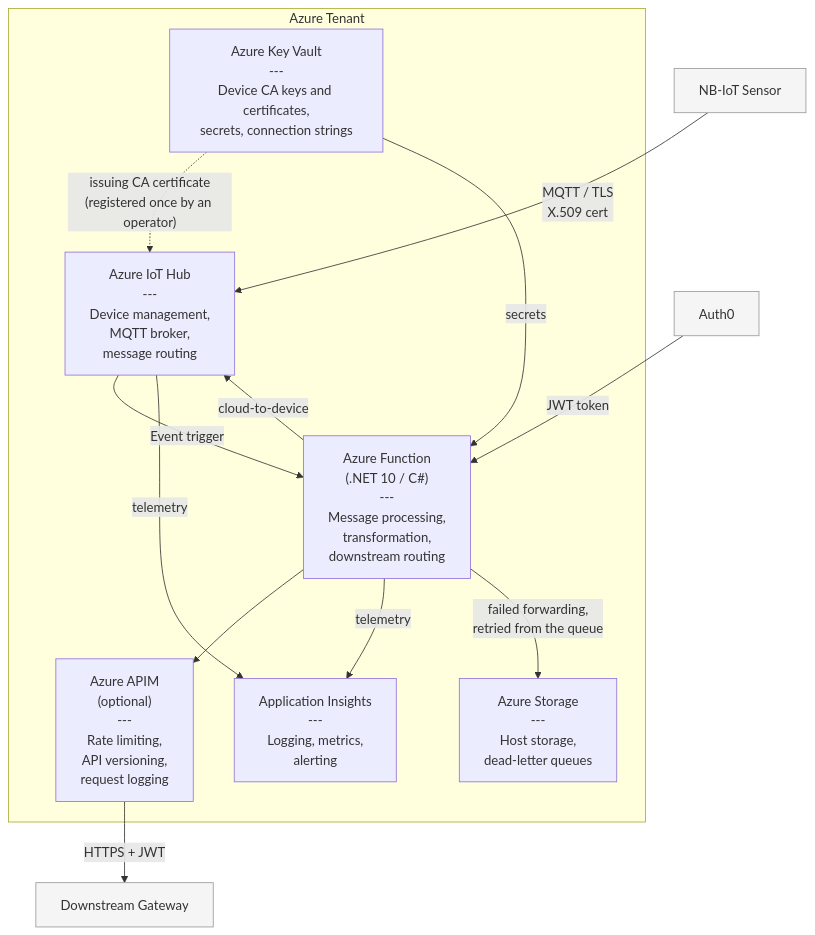
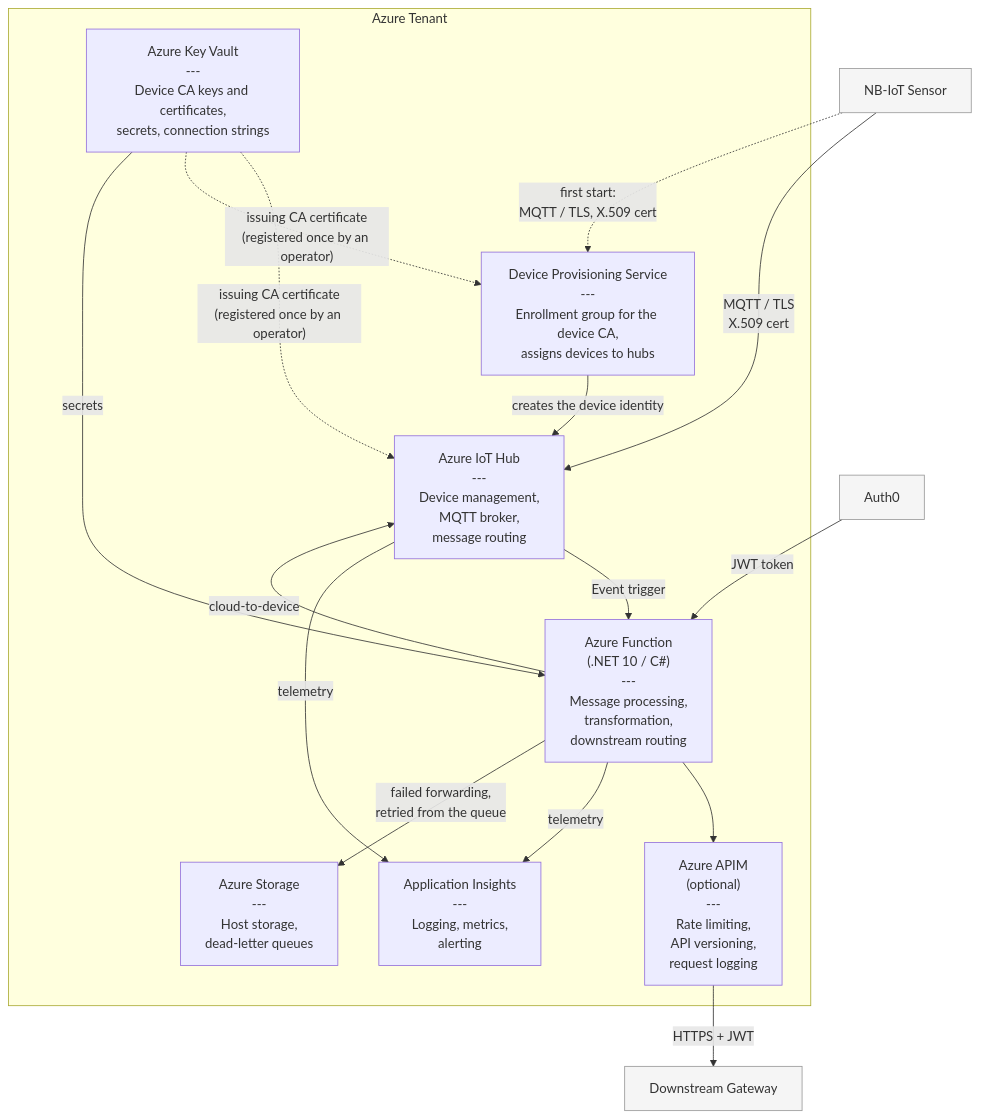
One commit to asnielsen789/IIoT-platform changed the second of 6 diagrams in docs/architecture.md. Above: the diagram before and after it, drawn with Mermaid. The commit also changed other lines of this file and 5 other files, not shown here.

First line of the commit message:
Document the lifecycle of DPS-provisioned devices (#48 step 7)

````diff
--- a/docs/architecture.md
+++ b/docs/architecture.md
@@ -38,34 +38,39 @@
 ```mermaid
 graph TB
     sensor["NB-IoT Sensor"] -- "MQTT / TLS<br/>X.509 cert" --> iothub
+    sensor -. "first start:<br/>MQTT / TLS, X.509 cert" .-> dps
 
     subgraph azure ["Azure Tenant"]
+        dps["Device Provisioning Service<br/>---<br/>Enrollment group for the device CA,<br/>assigns devices to hubs"]
+
         iothub["Azure IoT Hub<br/>---<br/>Device management,<br/>MQTT broker,<br/>message routing"]
 
         keyvault["Azure Key Vault<br/>---<br/>Device CA keys and certificates,<br/>secrets, connection strings"]
 
         function["Azure Function<br/>(.NET 10 / C#)<br/>---<br/>Message processing,<br/>transformation,<br/>downstream routing"]
 
         apim["Azure APIM<br/>(optional)<br/>---<br/>Rate limiting,<br/>API versioning,<br/>request logging"]
 
         monitor["Application Insights<br/>---<br/>Logging, metrics,<br/>alerting"]
 
         storage["Azure Storage<br/>---<br/>Host storage,<br/>dead-letter queues"]
     end
 
     iothub -- "Event trigger" --> function
     keyvault -. "issuing CA certificate<br/>(registered once by an operator)" .-> iothub
+    keyvault -. "issuing CA certificate<br/>(registered once by an operator)" .-> dps
+    dps -- "creates the device identity" --> iothub
     keyvault -- "secrets" --> function
     function --> apim
     function -- "telemetry" --> monitor
     function -- "failed forwarding,<br/>retried from the queue" --> storage
     iothub -- "telemetry" --> monitor
 
     auth0["Auth0"] -- "JWT token" --> function
 
     apim -- "HTTPS + JWT" --> gw["Downstream Gateway"]
     function -- "cloud-to-device" --> iothub
 
     classDef external fill:#f5f5f5,stroke:#999
     class sensor,auth0,gw external
 ```
````
